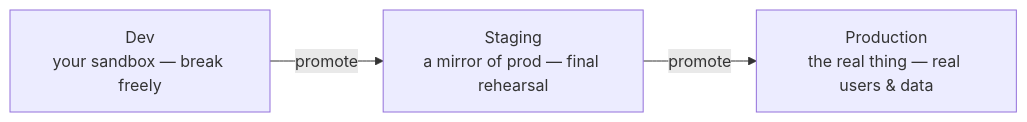
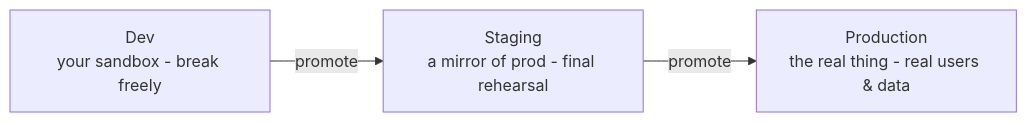
Before and after one commit to Topurrra/themissingmanual: the first of 2 diagrams in guides/devops/build-and-release-basics/03-environments-and-promotion.md, drawn with Mermaid. The commit also changed other lines of this file and 1009 other files, not shown here.

````diff
--- a/guides/devops/build-and-release-basics/03-environments-and-promotion.md
+++ b/guides/devops/build-and-release-basics/03-environments-and-promotion.md
@@ -22,5 +22,5 @@
 ```mermaid
 flowchart LR
-  Dev[Dev<br/>your sandbox — break freely] -->|promote| Staging[Staging<br/>a mirror of prod — final rehearsal]
-  Staging -->|promote| Prod[Production<br/>the real thing — real users & data]
+  Dev[Dev<br/>your sandbox - break freely] -->|promote| Staging[Staging<br/>a mirror of prod - final rehearsal]
+  Staging -->|promote| Prod[Production<br/>the real thing - real users & data]
 ```
````
